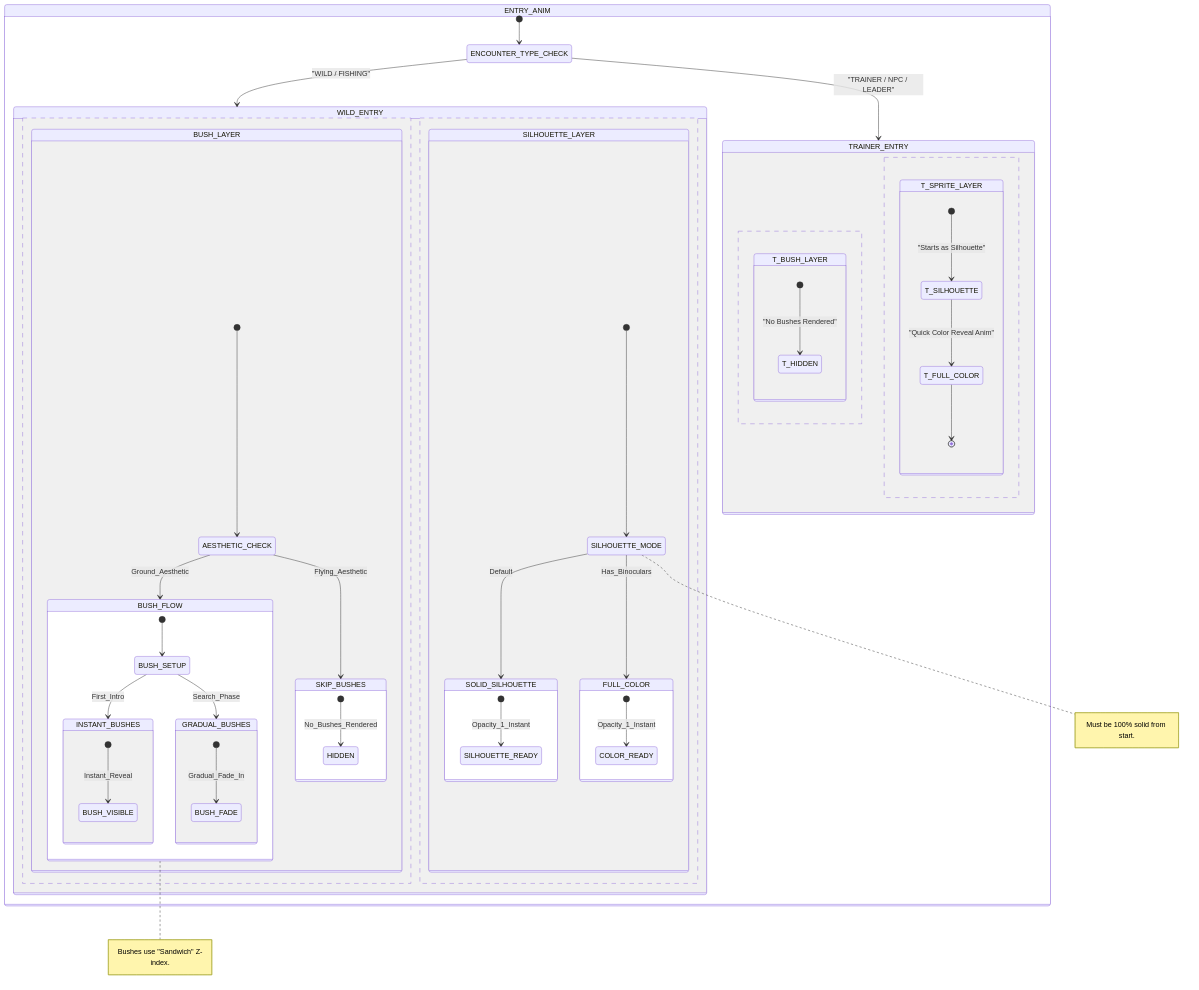
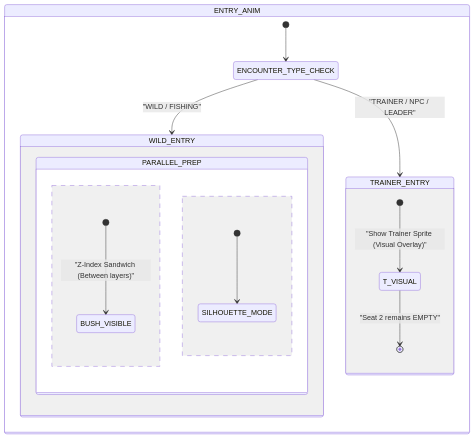
Before and after one commit to Darkham77/PokeBorrador: diagram 16 of 18 in .agents/skills/project-standards/references/battle/battle_mechanics_manual.md, drawn with Mermaid. The commit also changed other lines of this file and 30 other files, not shown here.

First line of the commit message:
fix(battle): stabilize first encounter visibility and combatant seat synchronization

````diff
--- a/.agents/skills/project-standards/references/battle/battle_mechanics_manual.md
+++ b/.agents/skills/project-standards/references/battle/battle_mechanics_manual.md
@@ -815,64 +772,23 @@
 ```mermaid
 stateDiagram-v2
     state ENTRY_ANIM {
         [*] --> ENCOUNTER_TYPE_CHECK
         state ENCOUNTER_TYPE_CHECK <<choice>>
         
         ENCOUNTER_TYPE_CHECK --> WILD_ENTRY: "WILD / FISHING"
         ENCOUNTER_TYPE_CHECK --> TRAINER_ENTRY: "TRAINER / NPC / LEADER"
         
         state TRAINER_ENTRY {
-            state T_BUSH_LAYER {
-                [*] --> T_HIDDEN: "No Bushes Rendered"
-            }
-            --
-            state T_SPRITE_LAYER {
-                [*] --> T_SILHOUETTE: "Starts as Silhouette"
-                T_SILHOUETTE --> T_FULL_COLOR: "Quick Color Reveal Anim"
-                T_FULL_COLOR --> [*]
-            }
+            [*] --> T_VISUAL: "Show Trainer Sprite (Visual Overlay)"
+            T_VISUAL --> [*]: "Seat 2 remains EMPTY"
         }
         
         state WILD_ENTRY {
-            state BUSH_LAYER {
-                [*] --> AESTHETIC_CHECK
-                state AESTHETIC_CHECK <<choice>>
-                AESTHETIC_CHECK --> BUSH_FLOW: Ground_Aesthetic
-                AESTHETIC_CHECK --> SKIP_BUSHES: Flying_Aesthetic
-                
-                state BUSH_FLOW {
-                    [*] --> BUSH_SETUP
-                    state BUSH_SETUP <<choice>>
-                    BUSH_SETUP --> INSTANT_BUSHES: First_Intro
-                    BUSH_SETUP --> GRADUAL_BUSHES: Search_Phase
-                    
-                    state INSTANT_BUSHES {
-                        [*] --> BUSH_VISIBLE: Instant_Reveal
-                    }
-                    state GRADUAL_BUSHES {
-                        [*] --> BUSH_FADE: Gradual_Fade_In
-                    }
-                }
-                state SKIP_BUSHES {
-                    [*] --> HIDDEN: No_Bushes_Rendered
-                }
-                note right of BUSH_FLOW: Bushes use "Sandwich" Z-index.
-            }
-            --
-            state SILHOUETTE_LAYER {
+            state PARALLEL_PREP {
+                [*] --> BUSH_VISIBLE: "Z-Index Sandwich (Between layers)"
+                --
                 [*] --> SILHOUETTE_MODE
-                state SILHOUETTE_MODE <<choice>>
-                SILHOUETTE_MODE --> SOLID_SILHOUETTE: Default
-                SILHOUETTE_MODE --> FULL_COLOR: Has_Binoculars
-                
-                state SOLID_SILHOUETTE {
-                    [*] --> SILHOUETTE_READY: Opacity_1_Instant
-                }
-                state FULL_COLOR {
-                    [*] --> COLOR_READY: Opacity_1_Instant
-                }
-                note right of SILHOUETTE_MODE: Must be 100% solid from start.
             }
         }
     }
 ```
````
